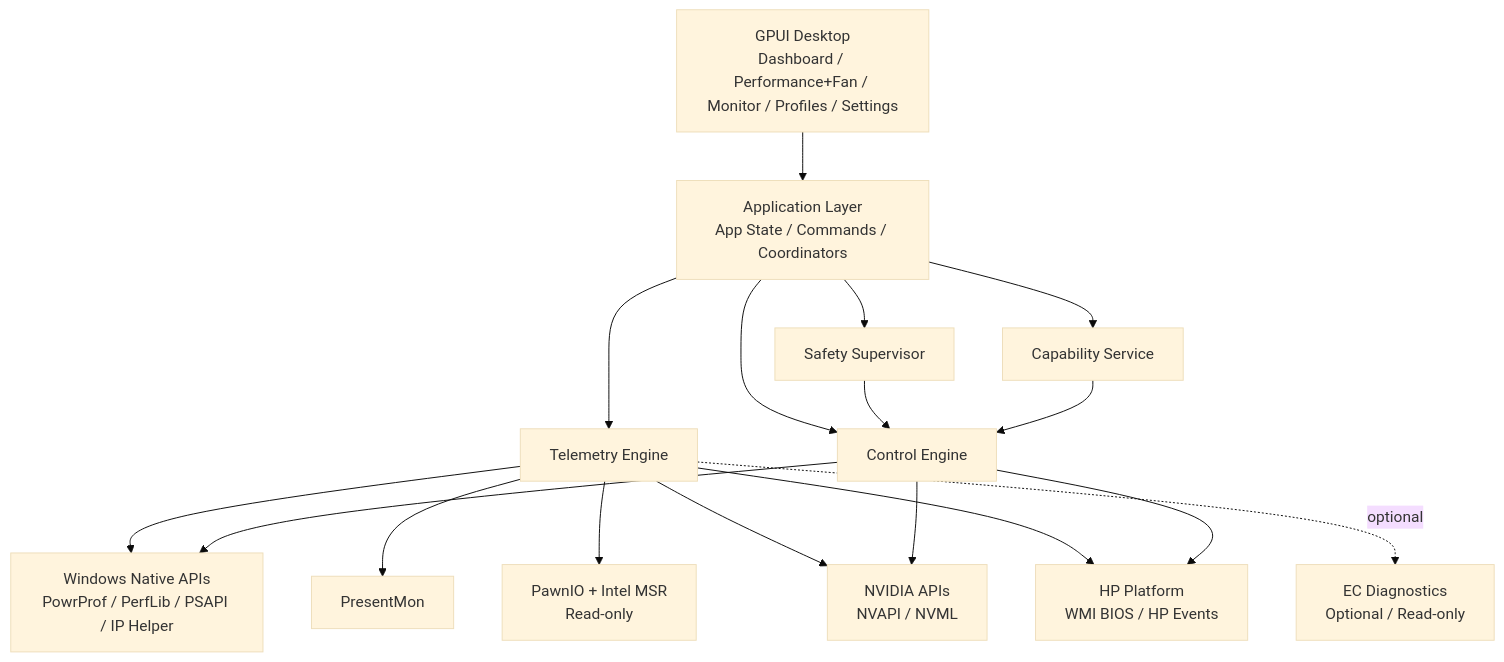
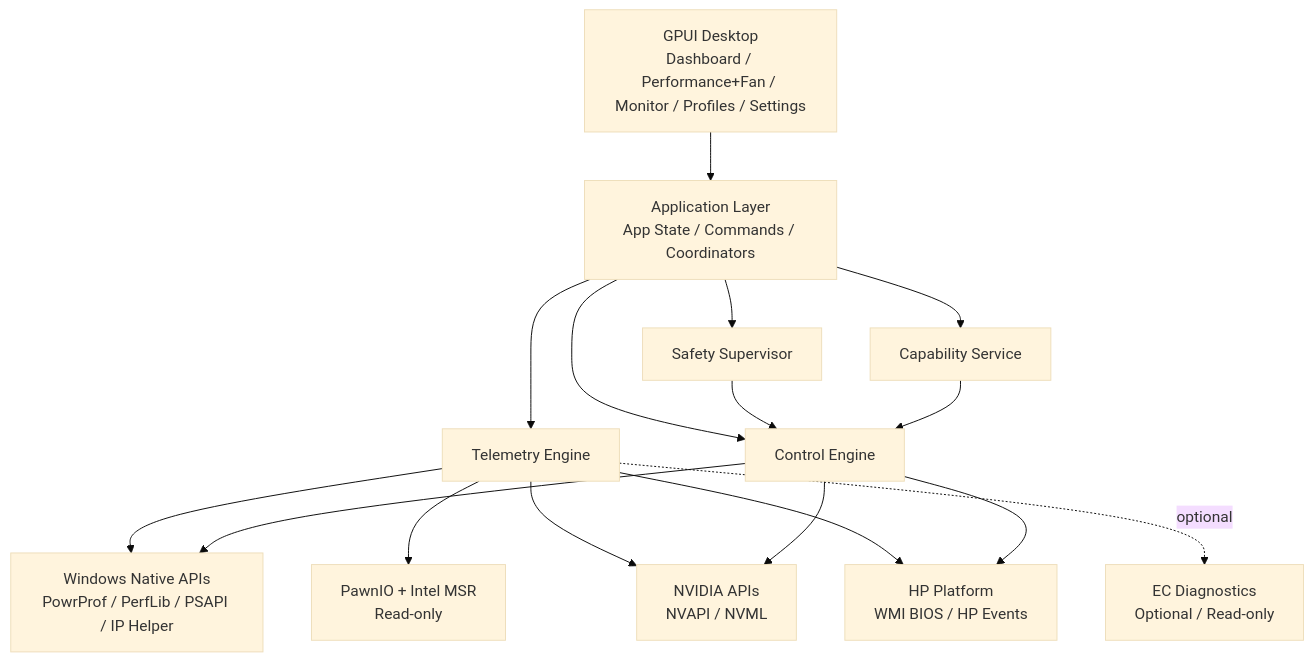
One commit to shihuaidexianyu/phelper changed the first of 4 diagrams in architecture.md. Above: the diagram before and after it, drawn with Mermaid (base theme). The commit also changed other lines of this file and 67 other files, not shown here.

````diff
--- a/architecture.md
+++ b/architecture.md
@@ -342,35 +341,33 @@
 ```mermaid
 flowchart TB
     UI["GPUI Desktop<br/>Dashboard / Performance+Fan / Monitor / Profiles / Settings"]
     APP["Application Layer<br/>App State / Commands / Coordinators"]
     TELE["Telemetry Engine"]
     CTRL["Control Engine"]
     SAFE["Safety Supervisor"]
     CAP["Capability Service"]
 
     WIN["Windows Native APIs<br/>PowrProf / PerfLib / PSAPI / IP Helper"]
-    PM["PresentMon"]
     PAWN["PawnIO + Intel MSR<br/>Read-only"]
     NV["NVIDIA APIs<br/>NVAPI / NVML"]
     HP["HP Platform<br/>WMI BIOS / HP Events"]
     EC["EC Diagnostics<br/>Optional / Read-only"]
 
     UI --> APP
     APP --> TELE
     APP --> CTRL
     APP --> SAFE
     APP --> CAP
 
     TELE --> WIN
-    TELE --> PM
     TELE --> PAWN
     TELE --> NV
     TELE --> HP
     TELE -. optional .-> EC
 
     CTRL --> WIN
     CTRL --> NV
     CTRL --> HP
     SAFE --> CTRL
     CAP --> CTRL
 ```
````
